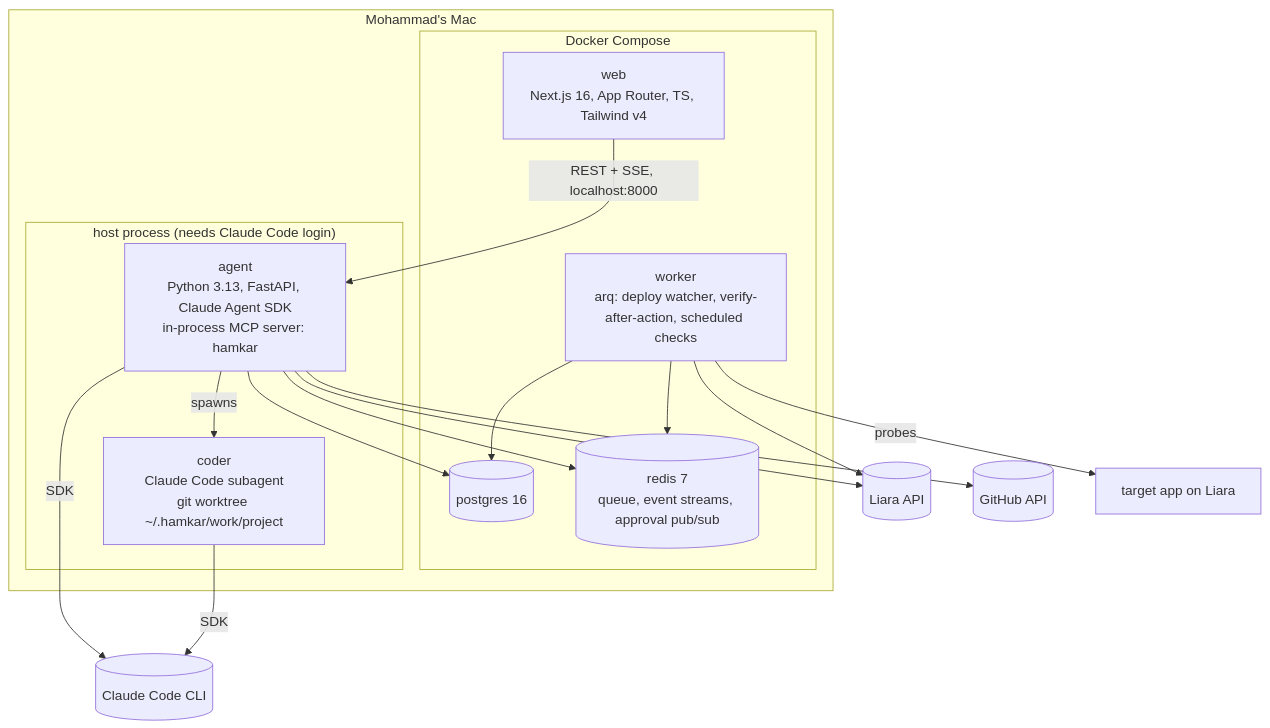
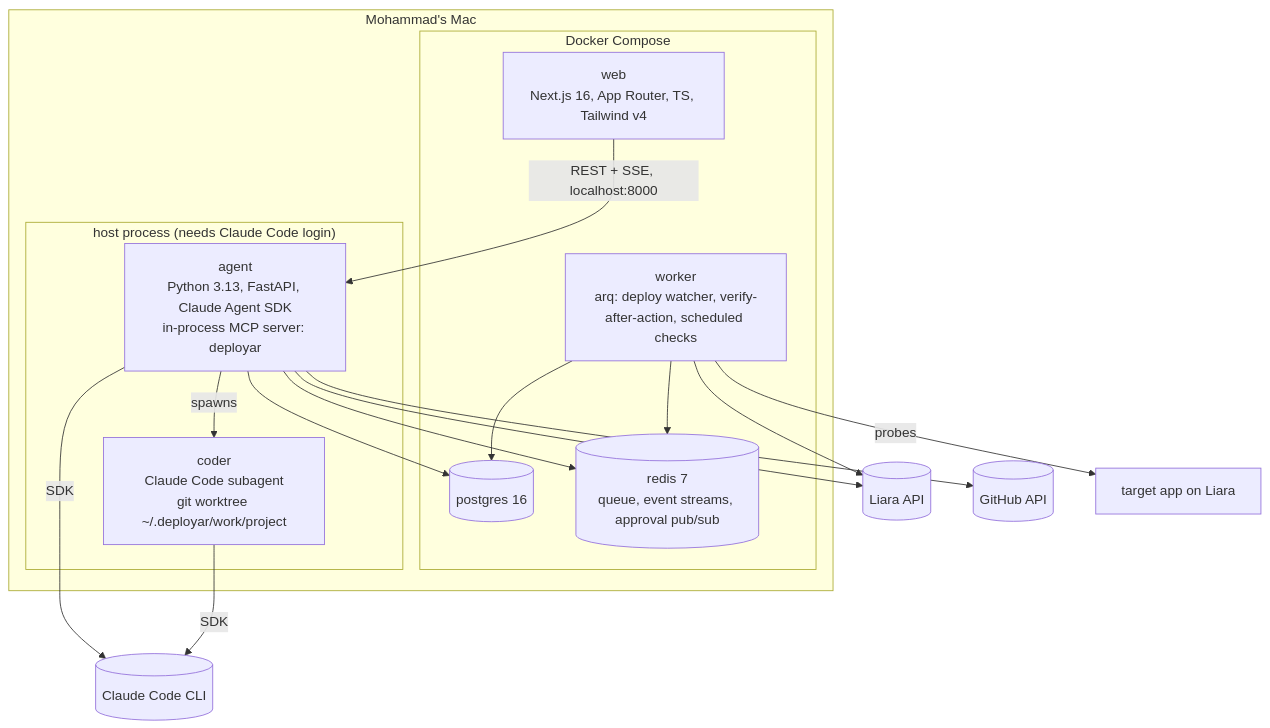
Before and after one commit to amircodington/deployar: the second of 10 diagrams in docs/ARCHITECTURE.md, drawn with Mermaid. The commit also changed other lines of this file and 33 other files, not shown here.

````diff
--- a/docs/ARCHITECTURE.md
+++ b/docs/ARCHITECTURE.md
@@ -26,27 +26,27 @@
 ```mermaid
 flowchart TB
   subgraph mac["Mohammad's Mac"]
     subgraph compose["Docker Compose"]
       web["web<br/>Next.js 16, App Router, TS, Tailwind v4"]
       worker["worker<br/>arq: deploy watcher, verify-after-action, scheduled checks"]
       pg[("postgres 16")]
       rd[("redis 7<br/>queue, event streams, approval pub/sub")]
     end
     subgraph host["host process (needs Claude Code login)"]
-      agent["agent<br/>Python 3.13, FastAPI, Claude Agent SDK<br/>in-process MCP server: hamkar"]
-      coder["coder<br/>Claude Code subagent<br/>git worktree ~/.hamkar/work/project"]
+      agent["agent<br/>Python 3.13, FastAPI, Claude Agent SDK<br/>in-process MCP server: deployar"]
+      coder["coder<br/>Claude Code subagent<br/>git worktree ~/.deployar/work/project"]
     end
   end
   web -->|"REST + SSE, localhost:8000"| agent
   agent --> pg
   agent --> rd
   worker --> pg
   worker --> rd
   agent -->|spawns| coder
   agent --> liara[("Liara API")]
   agent --> gh[("GitHub API")]
   worker --> liara
   worker -->|probes| app["target app on Liara"]
   agent -->|SDK| cc[("Claude Code CLI")]
   coder -->|SDK| cc
 ```
````
